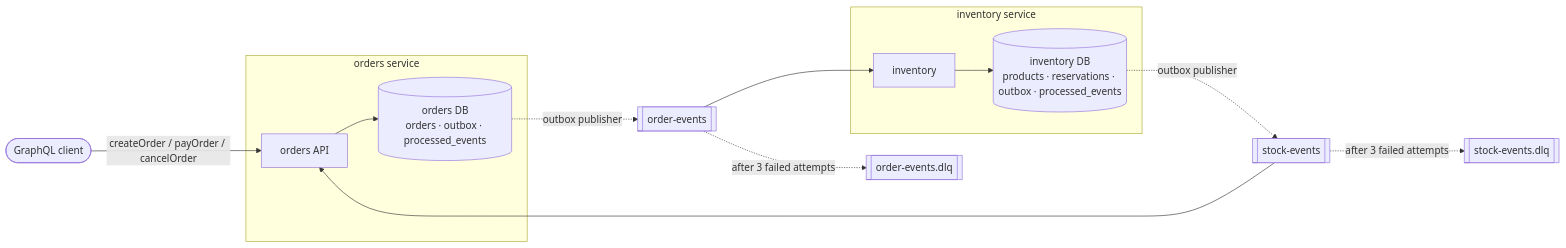
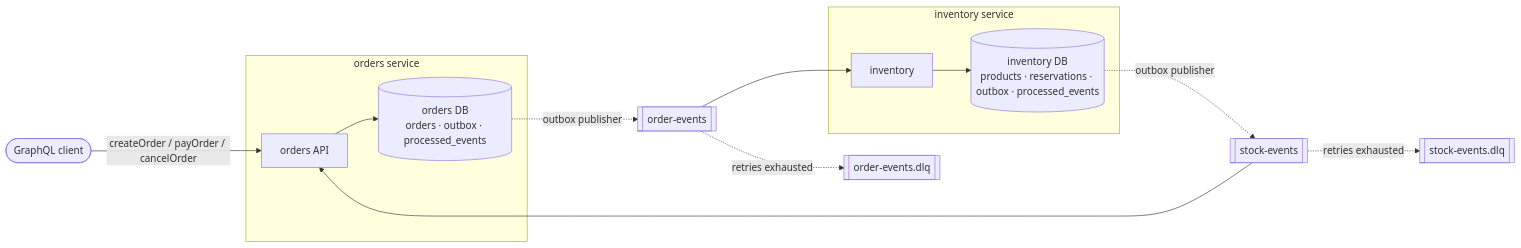
The diagram in README.md (lemmy-code/orderflow), drawn with Mermaid before and after one commit. The commit also changed other lines of this file and 20 other files, not shown here.

````diff
--- a/README.md
+++ b/README.md
@@ -8,16 +8,16 @@
 ```mermaid
 flowchart LR
   client([GraphQL client]) -->|createOrder / payOrder / cancelOrder| orders
   subgraph orders service
     orders[orders API] --> odb[(orders DB<br/>orders · outbox · processed_events)]
   end
   subgraph inventory service
     inv[inventory] --> idb[(inventory DB<br/>products · reservations · outbox · processed_events)]
   end
   odb -. outbox publisher .-> oe[[order-events]]
   oe --> inv
   idb -. outbox publisher .-> se[[stock-events]]
   se --> orders
-  oe -. after 3 failed attempts .-> oedlq[[order-events.dlq]]
-  se -. after 3 failed attempts .-> sedlq[[stock-events.dlq]]
+  oe -. retries exhausted .-> oedlq[[order-events.dlq]]
+  se -. retries exhausted .-> sedlq[[stock-events.dlq]]
 ```
````
